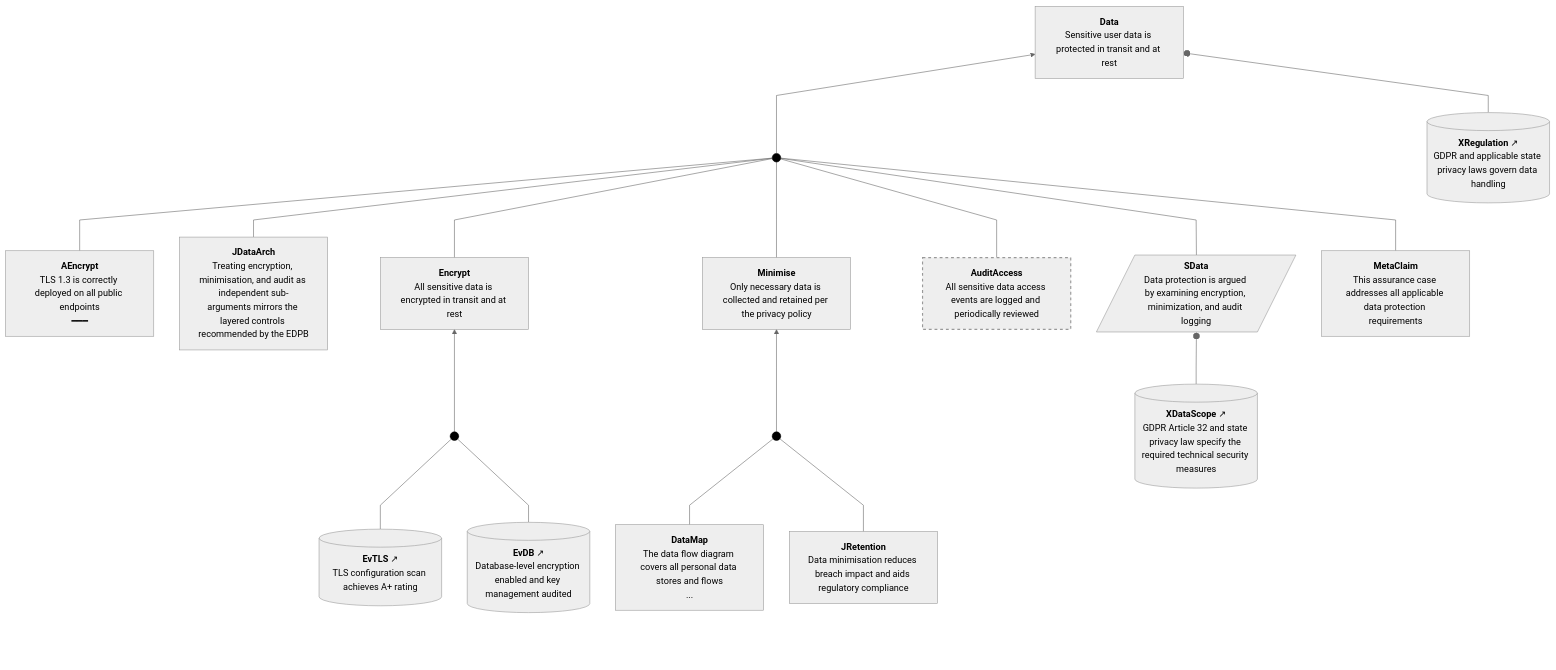
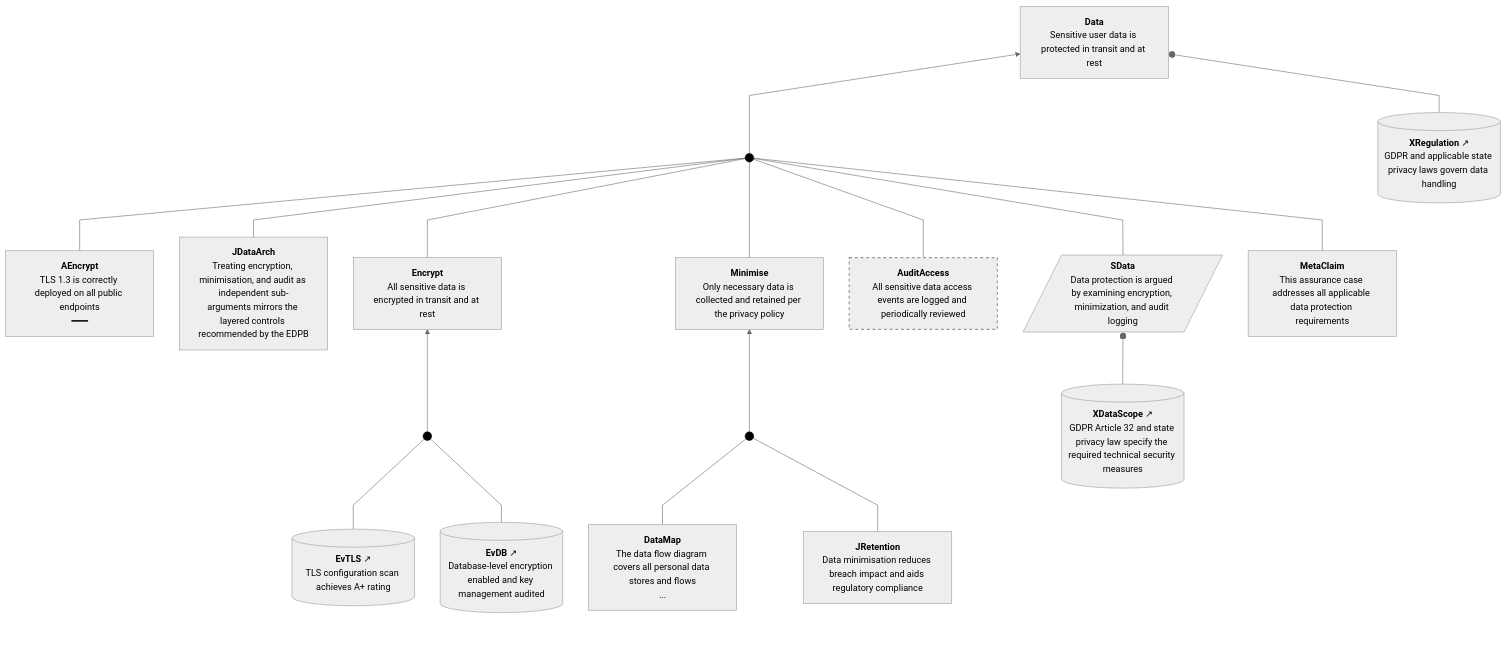
One commit to david-a-wheeler/verocase changed the third of 12 diagrams in tests/fixtures/demo-output.expected.md. Above: the diagram before and after it, drawn with Mermaid. The commit also changed other lines of this file and 8 other files, not shown here.

First line of the commit message:
Fix GSN side-by-side rendering and use per-leaf BottomPadding nodes

````diff
--- a/tests/fixtures/demo-output.expected.md
+++ b/tests/fixtures/demo-output.expected.md
@@ -159,75 +159,75 @@
 ```mermaid
 ---
 config:
   theme: neutral
   flowchart:
     curve: linear
     htmlLabels: true
     rankSpacing: 60
     nodeSpacing: 45
     padding: 15
 ---
 flowchart BT
     classDef invisible opacity:0
     classDef sacmDot fill:#000,stroke:#000
     classDef connector fill:none,stroke:#cccccc,stroke-width:1px;
     classDef abstractClaim stroke-width:2px,stroke-dasharray: 5 5;
     Data["<b>Data</b><br>Sensitive user data is protected in transit and at rest"]
     XRegulation[("<b>XRegulation</b>&nbsp;↗<br>GDPR and applicable state privacy laws govern data handling")]
     AEncrypt["<b>AEncrypt</b><br>TLS 1.3 is correctly deployed on all public endpoints<br>━━━"]
     SData[/"<b>SData</b><br>Data protection is argued by examining encryption, minimization, and audit logging"/]
     MetaClaim["<b>MetaClaim</b><br>This assurance case addresses all applicable data protection requirements"]
     XDataScope[("<b>XDataScope</b>&nbsp;↗<br>GDPR Article 32 and state privacy law specify the required technical security measures")]
     JDataArch["<b>JDataArch</b><br>Treating encryption, minimisation, and audit as independent sub-arguments mirrors the layered controls recommended by the EDPB"]
     Encrypt["<b>Encrypt</b><br>All sensitive data is encrypted in transit and at rest"]
     Minimise["<b>Minimise</b><br>Only necessary data is collected and retained per the privacy policy"]
     AuditAccess["<b>AuditAccess</b><br>All sensitive data access events are logged and periodically reviewed"]:::abstractClaim
     EvTLS[("<b>EvTLS</b>&nbsp;↗<br>TLS configuration scan achieves A+ rating")]
     EvDB[("<b>EvDB</b>&nbsp;↗<br>Database-level encryption enabled and key management audited")]
     DataMap["<b>DataMap</b><br>The data flow diagram covers all personal data stores and flows<br>..."]
     JRetention["<b>JRetention</b><br>Data minimisation reduces breach impact and aids regulatory compliance"]
     Dot1((" ")):::sacmDot
     Dot2((" ")):::sacmDot
     Dot3((" ")):::sacmDot
     click Data "https://github.com/david-a-wheeler/verocase/blob/main/tests/fixtures/demo-output.expected.md#claim-data"
     click XRegulation "https://github.com/david-a-wheeler/verocase/blob/main/tests/fixtures/demo-output.expected.md#context-xregulation"
     click AEncrypt "https://github.com/david-a-wheeler/verocase/blob/main/tests/fixtures/demo-output.expected.md#claim-aencrypt"
     click SData "https://github.com/david-a-wheeler/verocase/blob/main/tests/fixtures/demo-output.expected.md#strategy-sdata"
     click MetaClaim "https://github.com/david-a-wheeler/verocase/blob/main/tests/fixtures/demo-output.expected.md#claim-metaclaim"
     click XDataScope "https://github.com/david-a-wheeler/verocase/blob/main/tests/fixtures/demo-output.expected.md#context-xdatascope"
     click JDataArch "https://github.com/david-a-wheeler/verocase/blob/main/tests/fixtures/demo-output.expected.md#justification-jdataarch"
     click Encrypt "https://github.com/david-a-wheeler/verocase/blob/main/tests/fixtures/demo-output.expected.md#claim-encrypt"
     click Minimise "https://github.com/david-a-wheeler/verocase/blob/main/tests/fixtures/demo-output.expected.md#claim-minimise"
     click AuditAccess "https://github.com/david-a-wheeler/verocase/blob/main/tests/fixtures/demo-output.expected.md#claim-auditaccess"
     click EvTLS "https://github.com/david-a-wheeler/verocase/blob/main/tests/fixtures/demo-output.expected.md#evidence-evtls"
     click EvDB "https://github.com/david-a-wheeler/verocase/blob/main/tests/fixtures/demo-output.expected.md#evidence-evdb"
     click DataMap "https://github.com/david-a-wheeler/verocase/blob/main/tests/fixtures/demo-output.expected.md#claim-datamap"
     click JRetention "https://github.com/david-a-wheeler/verocase/blob/main/tests/fixtures/demo-output.expected.md#justification-jretention"
 
-    BottomPadding[ ]:::invisible ~~~ XRegulation
-    BottomPadding ~~~ AEncrypt
-    BottomPadding ~~~ MetaClaim
-    BottomPadding ~~~ XDataScope
-    BottomPadding ~~~ JDataArch
-    BottomPadding ~~~ AuditAccess
-    BottomPadding ~~~ EvTLS
-    BottomPadding ~~~ EvDB
-    BottomPadding ~~~ DataMap
-    BottomPadding ~~~ JRetention
+    BottomPadding1[ ]:::invisible ~~~ XRegulation
+    BottomPadding2[ ]:::invisible ~~~ AEncrypt
+    BottomPadding3[ ]:::invisible ~~~ MetaClaim
+    BottomPadding4[ ]:::invisible ~~~ XDataScope
+    BottomPadding5[ ]:::invisible ~~~ JDataArch
+    BottomPadding6[ ]:::invisible ~~~ AuditAccess
+    BottomPadding7[ ]:::invisible ~~~ EvTLS
+    BottomPadding8[ ]:::invisible ~~~ EvDB
+    BottomPadding9[ ]:::invisible ~~~ DataMap
+    BottomPadding10[ ]:::invisible ~~~ JRetention
     EvTLS --- Dot1
     EvDB --- Dot1
     Dot1 --> Encrypt
     DataMap --- Dot2
     JRetention --- Dot2
     Dot2 --> Minimise
     AEncrypt --- Dot3
     JDataArch --- Dot3
     Encrypt --- Dot3
     Minimise --- Dot3
     AuditAccess --- Dot3
     SData --- Dot3
     MetaClaim --- Dot3
     Dot3 --> Data
     XRegulation --o Data
     XDataScope --o SData
 ```
````
